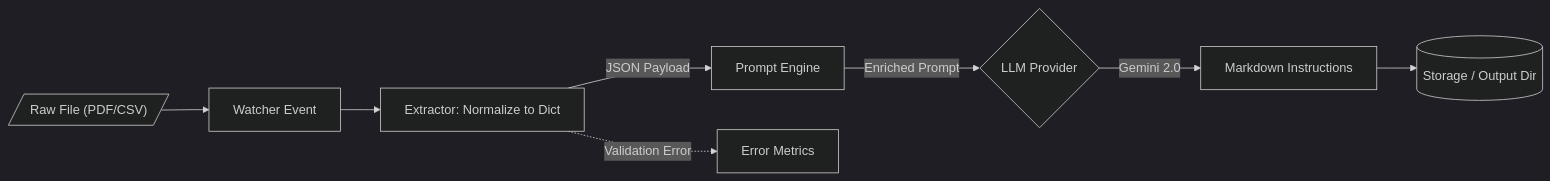
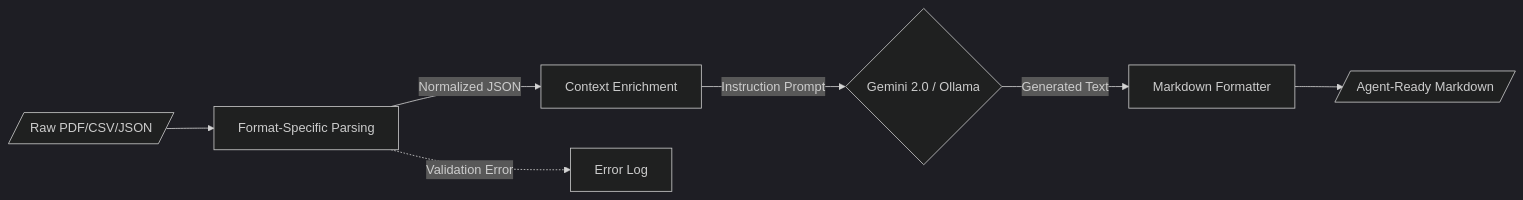
Before and after one commit to WomB0ComB0/browser-use: the third of 3 diagrams in README.md, drawn with Mermaid (dark theme). The commit also changed other lines of this file, not shown here.

Commit message:
docs: update README.md with AI-generated documentation

````diff
--- a/README.md
+++ b/README.md
@@ -103,11 +123,10 @@
 ```mermaid
 flowchart LR
-    Input[/"Raw File (PDF/CSV)"/] --> Watch[Watcher Event]
-    Watch --> Extract[Extractor: Normalize to Dict]
-    Extract --> |"JSON Payload"| Prompt[Prompt Engine]
-    Prompt --> |"Enriched Prompt"| LLM{LLM Provider}
-    LLM --> |"Gemini 2.0"| Result["Markdown Instructions"]
-    Result --> Store[(Storage / Output Dir)]
+    Input[/"Raw PDF/CSV/JSON"/] --> Parse[Format-Specific Parsing]
+    Parse --> |"Normalized JSON"| Context[Context Enrichment]
+    Context --> |"Instruction Prompt"| LLM{Gemini 2.0 / Ollama}
+    LLM --> |"Generated Text"| Format[Markdown Formatter]
+    Format --> Output[/"Agent-Ready Markdown"/]
     
-    Extract -.-> |"Validation Error"| Log[Error Metrics]
+    Parse -.-> |"Validation Error"| ErrorQ[Error Log]
 ```
````
